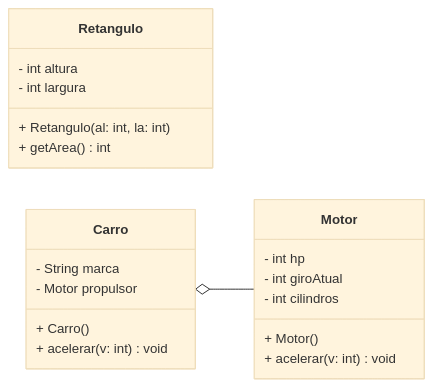
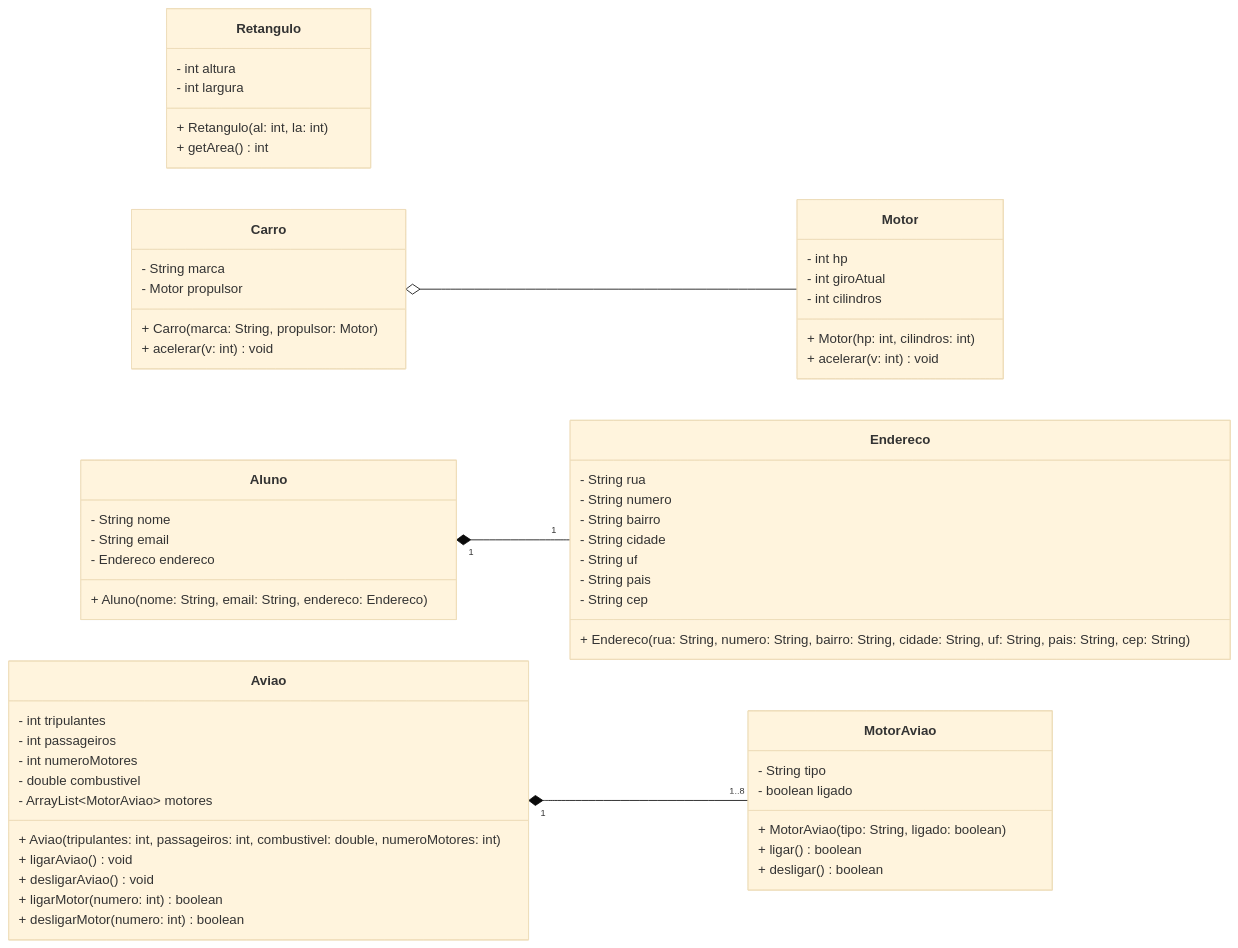
Before and after one commit to Evaldo-ed/POO-ADS-2026.2: the diagram in Aulas/aula-12_2026-09-23/atividade-01/Readme.md, drawn with Mermaid (base theme). The commit also changed 7 other files, not shown here.

````diff
--- a/Aulas/aula-12_2026-09-23/atividade-01/Readme.md
+++ b/Aulas/aula-12_2026-09-23/atividade-01/Readme.md
@@ -25,27 +25,71 @@
 ```mermaid
 classDiagram
+    direction LR
+    
     class Retangulo{
         - int altura
         - int largura
         + Retangulo(al: int, la: int)
         + getArea() int
     }
 
     class Carro{
         - String marca
         - Motor propulsor
-        + Carro()
+        + Carro(marca: String, propulsor: Motor)
         + acelerar(v: int) void
     }
 
     class Motor{
         - int hp
         - int giroAtual
         - int cilindros
-        + Motor()
+        + Motor(hp: int, cilindros: int)
         + acelerar(v: int) void
     }
     
-    direction LR
     Carro o-- Motor
+
+    class Aluno{
+        - String nome
+        - String email
+        - Endereco endereco
+        + Aluno(nome: String, email: String, endereco: Endereco)
+    }
+    
+    class Endereco{
+        - String rua
+        - String numero
+        - String bairro
+        - String cidade
+        - String uf
+        - String pais
+        - String cep
+        + Endereco(rua: String, numero: String, bairro: String, cidade: String, uf: String, pais: String, cep: String)
+    }
+    
+    Aluno "1"*--"1" Endereco
+    
+    class Aviao{
+        - int tripulantes
+        - int passageiros
+        - int numeroMotores
+        - double combustivel
+        - ArrayList~MotorAviao~ motores
+        + Aviao(tripulantes: int, passageiros: int, combustivel: double, numeroMotores: int)
+        + ligarAviao() void
+        + desligarAviao() void
+        + ligarMotor(numero: int) boolean
+        + desligarMotor(numero: int) boolean
+    }
+    
+    class MotorAviao{
+        - String tipo
+        - boolean ligado
+        + MotorAviao(tipo: String, ligado: boolean)
+        + ligar() boolean
+        + desligar() boolean
+    }
+    
+    Aviao "1"*--"1..8" MotorAviao
 ```
````
